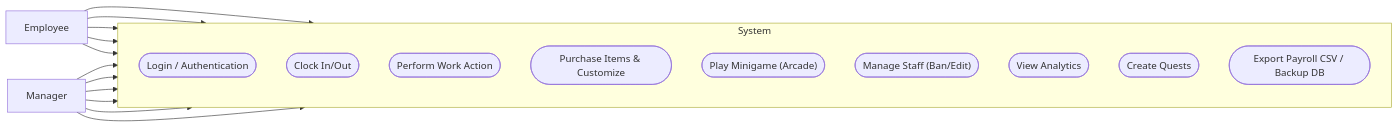
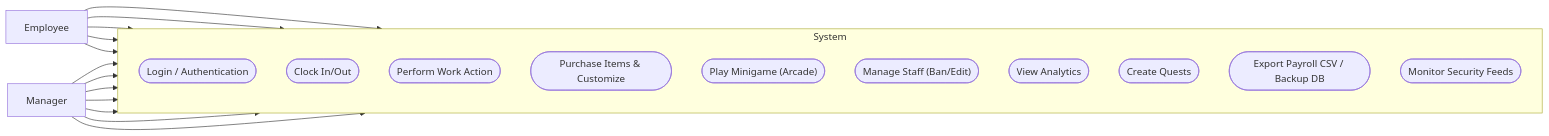
The first of 2 diagrams in docs/03_System_Overview.md (Golgrax/gOwOrk), drawn with Mermaid before and after one commit. The commit also changed other lines of this file and 15 other files, not shown here.

````diff
--- a/docs/03_System_Overview.md
+++ b/docs/03_System_Overview.md
@@ -29,31 +29,33 @@
 ```mermaid
 flowchart LR
     E["Employee"]
     M["Manager"]
 
     subgraph System
         direction TB
         UC1(["Login / Authentication"])
         UC2(["Clock In/Out"])
         UC3(["Perform Work Action"])
         UC4(["Purchase Items & Customize"])
         UC5(["Play Minigame (Arcade)"])
         UC6(["Manage Staff (Ban/Edit)"])
         UC7(["View Analytics"])
         UC8(["Create Quests"])
         UC9(["Export Payroll CSV / Backup DB"])
+        UC10(["Monitor Security Feeds"])
     end
 
     E --> UC1
     E --> UC2
     E --> UC3
     E --> UC4
     E --> UC5
 
     M --> UC1
     M --> UC6
     M --> UC7
     M --> UC8
     M --> UC9
+    M --> UC10
     M --> UC2
 ```
````
